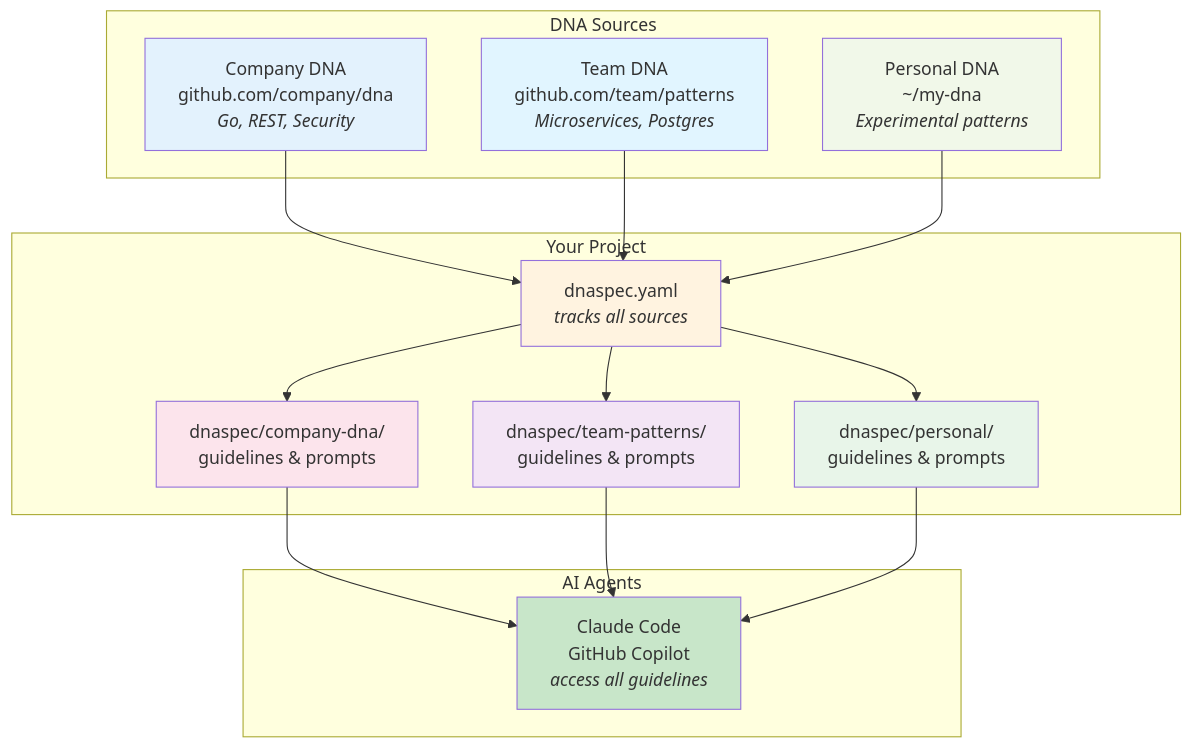
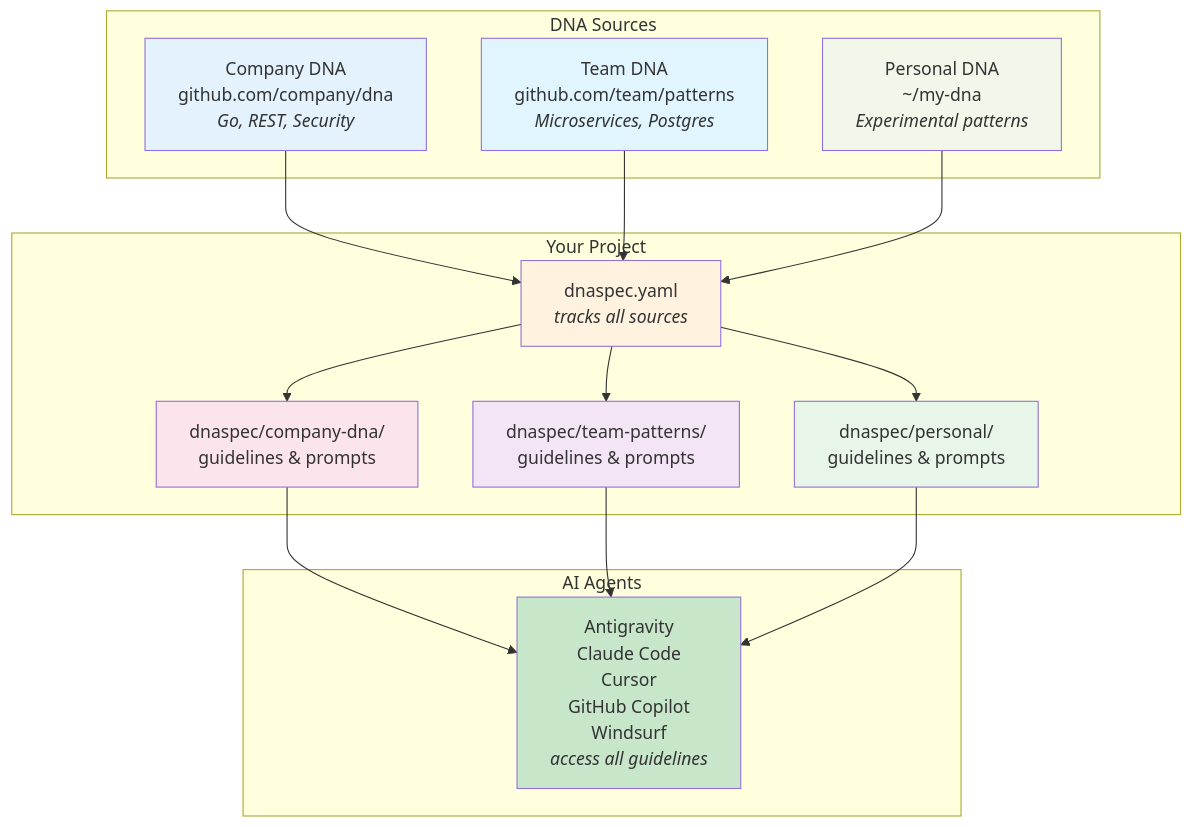
The third of 3 diagrams in README.md (aviator5/dnaspec-origin), drawn with Mermaid before and after one commit. The commit also changed other lines of this file, not shown here.

````diff
--- a/README.md
+++ b/README.md
@@ -184,38 +176,38 @@
 ```mermaid
 graph TB
     subgraph "DNA Sources"
         S1[Company DNA<br/>github.com/company/dna<br/><i>Go, REST, Security</i>]
         S2[Team DNA<br/>github.com/team/patterns<br/><i>Microservices, Postgres</i>]
         S3[Personal DNA<br/>~/my-dna<br/><i>Experimental patterns</i>]
     end
 
     subgraph "Your Project"
         C[dnaspec.yaml<br/><i>tracks all sources</i>]
         G1[dnaspec/company-dna/<br/>guidelines & prompts]
         G2[dnaspec/team-patterns/<br/>guidelines & prompts]
         G3[dnaspec/personal/<br/>guidelines & prompts]
     end
 
     subgraph "AI Agents"
-        A[Claude Code<br/>GitHub Copilot<br/><i>access all guidelines</i>]
+        A[Antigravity<br/>Claude Code<br/>Cursor<br/>GitHub Copilot<br/>Windsurf<br/><i>access all guidelines</i>]
     end
 
     S1 --> C
     S2 --> C
     S3 --> C
     C --> G1
     C --> G2
     C --> G3
     G1 --> A
     G2 --> A
     G3 --> A
 
     style S1 fill:#e3f2fd
     style S2 fill:#e1f5ff
     style S3 fill:#f1f8e9
     style C fill:#fff3e0
     style G1 fill:#fce4ec
     style G2 fill:#f3e5f5
     style G3 fill:#e8f5e9
     style A fill:#c8e6c9
 ```
````
